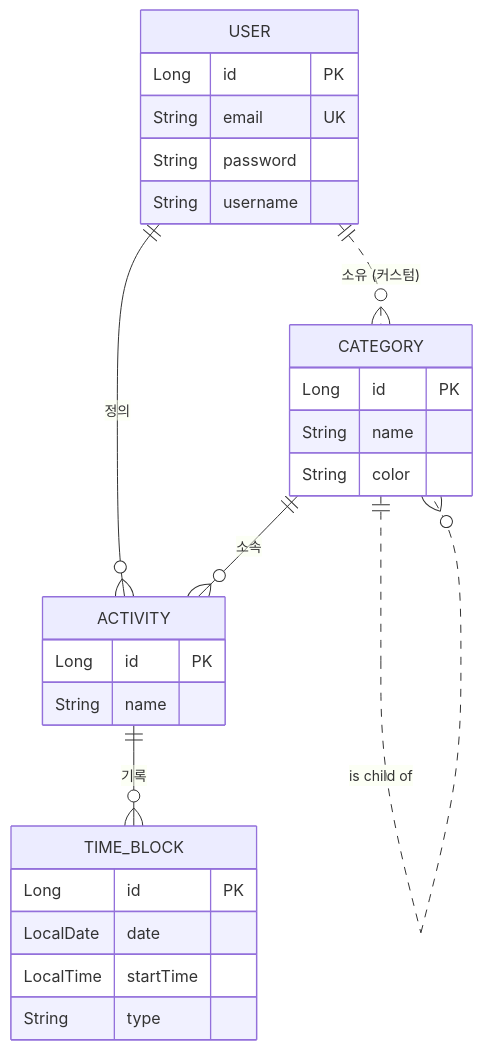
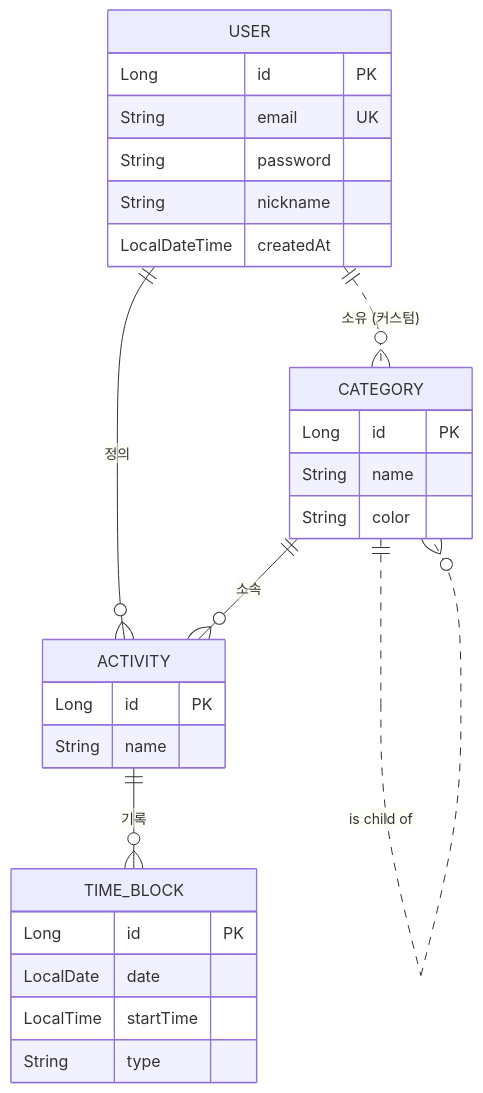
One commit to utact/lifelogix changed the diagram in docs/api/api-contract-mvp-v1.3.md. Above: the diagram before and after it, drawn with Mermaid. The commit also changed other lines of this file, not shown here.

````diff
--- a/docs/api/api-contract-mvp-v1.3.md
+++ b/docs/api/api-contract-mvp-v1.3.md
@@ -17,33 +17,34 @@
 ```mermaid
 erDiagram
     USER {
         Long id PK
         String email UK
         String password
-        String username
+        String nickname
+        LocalDateTime createdAt
     }
 
     CATEGORY {
         Long id PK
         String name
         String color
     }
 
     ACTIVITY {
         Long id PK
         String name
     }
 
     TIME_BLOCK {
         Long id PK
         LocalDate date
         LocalTime startTime
         String type
     }
 
     USER ||..o{ CATEGORY : "소유 (커스텀)"
     USER ||--o{ ACTIVITY : "정의"
     CATEGORY ||--o{ ACTIVITY : "소속"
     ACTIVITY ||--o{ TIME_BLOCK : "기록"
     CATEGORY ||..o{ CATEGORY : "is child of"
 ```
````
